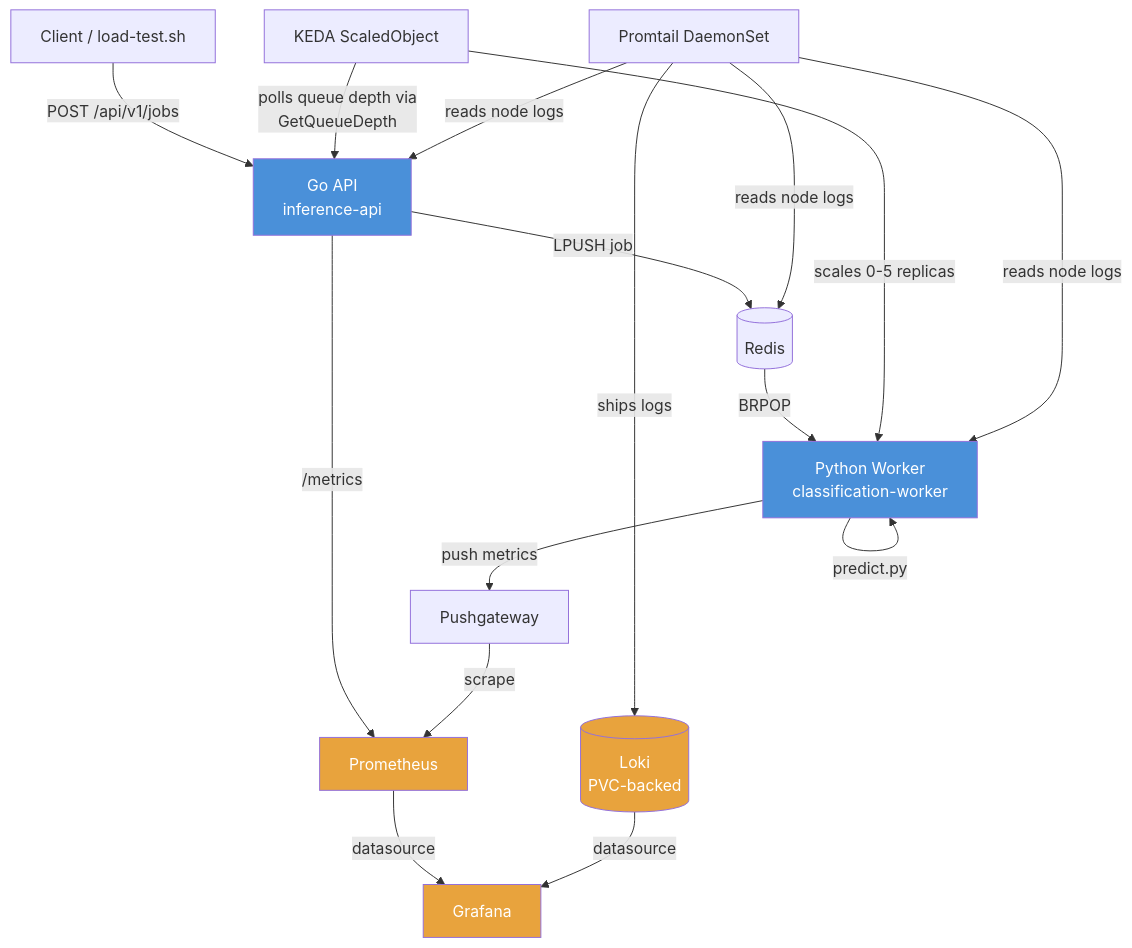
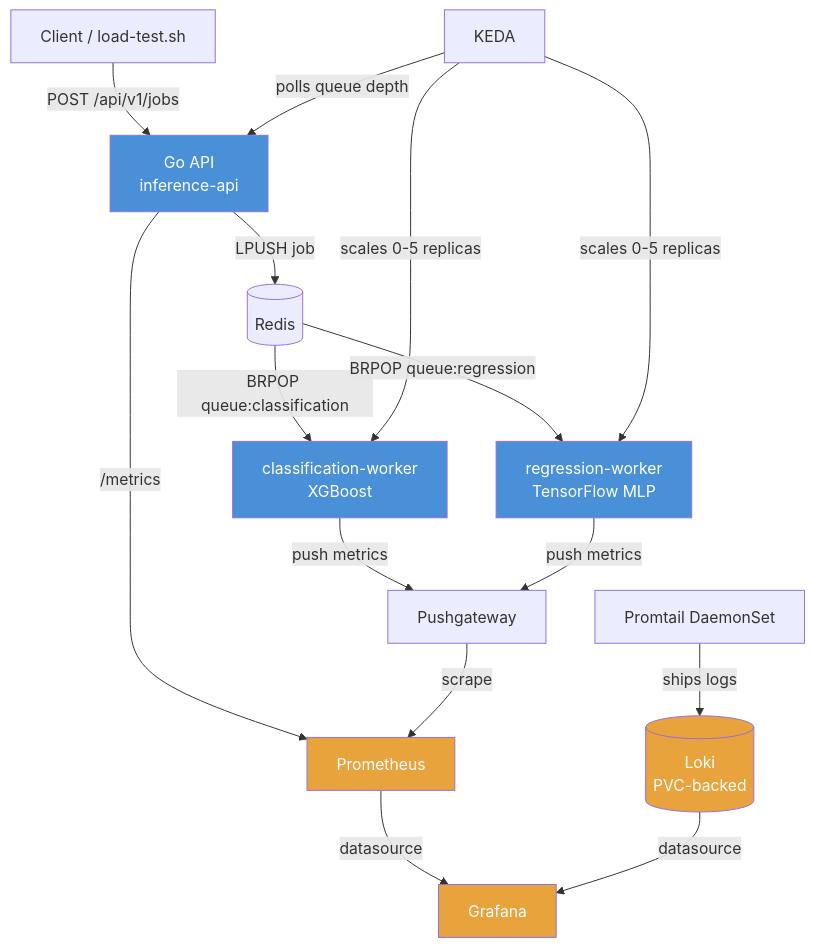
Before and after one commit to Jeremiah-Williams1/inference-orchestrator: the diagram in README.md, drawn with Mermaid. The commit also changed other lines of this file and 58 other files, not shown here.

Commit message:
Replaced k8s manifest with helm chart The helm/inference-orchestrator chart supersedes k8s/ entirely. Deploy with: helm install inference-orchestrator ./helm/inference-orchestrator -f helm/inference-orchestrator/values.yaml See README for full instructions.

````diff
--- a/README.md
+++ b/README.md
@@ -21,28 +20,28 @@
 ```mermaid
 flowchart TB
     Client[Client / load-test.sh] -->|POST /api/v1/jobs| API[Go API<br/>inference-api]
     API -->|LPUSH job| Redis[(Redis)]
     API -->|/metrics| Prometheus[Prometheus]
 
-    Redis -->|BRPOP| Worker[Python Worker<br/>classification-worker]
-    Worker -->|predict.py| Worker
-    Worker -->|push metrics| Pushgateway[Pushgateway]
+    Redis -->|BRPOP queue:classification| CW[classification-worker<br/>XGBoost]
+    Redis -->|BRPOP queue:regression| RW[regression-worker<br/>TensorFlow MLP]
+    CW -->|push metrics| Pushgateway[Pushgateway]
+    RW -->|push metrics| Pushgateway
     Pushgateway -->|scrape| Prometheus
 
-    KEDA[KEDA ScaledObject] -->|polls queue depth via<br/>GetQueueDepth| API
-    KEDA -->|scales 0-5 replicas| Worker
+    KEDA[KEDA] -->|polls queue depth| API
+    KEDA -->|scales 0-5 replicas| CW
+    KEDA -->|scales 0-5 replicas| RW
 
-    Promtail[Promtail DaemonSet] -->|reads node logs| API
-    Promtail -->|reads node logs| Worker
-    Promtail -->|reads node logs| Redis
-    Promtail -->|ships logs| Loki[(Loki<br/>PVC-backed)]
+    Promtail[Promtail DaemonSet] -->|ships logs| Loki[(Loki<br/>PVC-backed)]
 
     Prometheus -->|datasource| Grafana[Grafana]
     Loki -->|datasource| Grafana
 
     style API fill:#4a90d9,color:#fff
-    style Worker fill:#4a90d9,color:#fff
+    style CW fill:#4a90d9,color:#fff
+    style RW fill:#4a90d9,color:#fff
     style Grafana fill:#e8a33d,color:#fff
     style Loki fill:#e8a33d,color:#fff
     style Prometheus fill:#e8a33d,color:#fff
 ```
````
